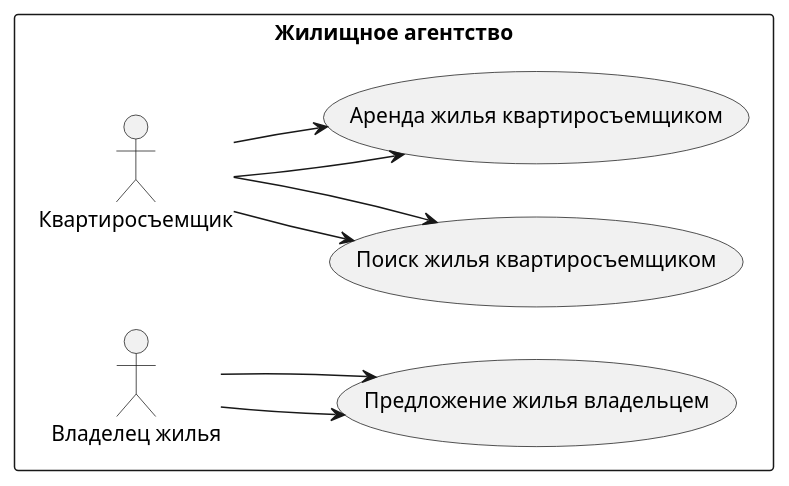
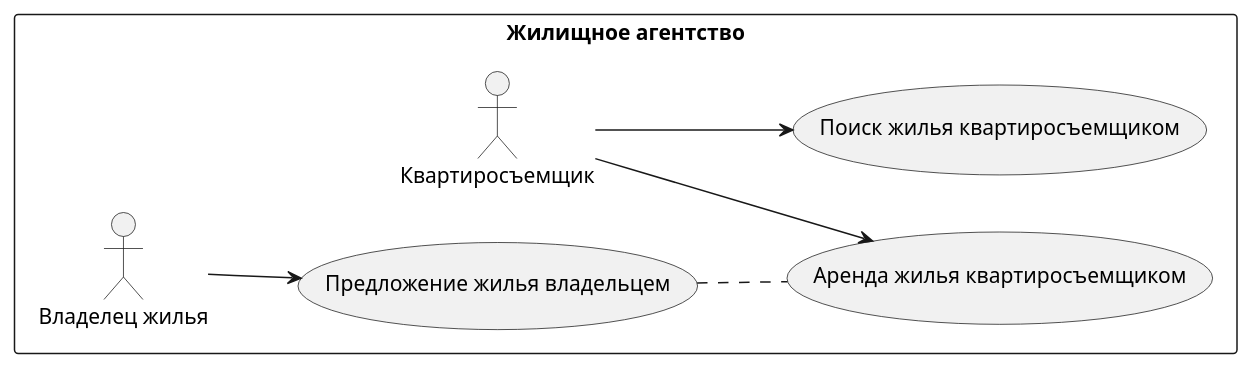
One commit to coolkrya/praktika_1 changed the diagram in diagramma.wsd. Above: the diagram before and after it, drawn with PlantUML.

```diff
--- a/diagramma.wsd
+++ b/diagramma.wsd
@@ -1,32 +1,22 @@
 @startuml Agency
 
 left to right direction
 skinparam packageStyle rectangle
 
 rectangle "Жилищное агентство" {
     usecase (Поиск жилья квартиросъемщиком) as search
     usecase (Аренда жилья квартиросъемщиком) as rent
     usecase (Предложение жилья владельцем) as offer
 
     actor Квартиросъемщик as tenant
     actor :Владелец жилья: as owner
 
     tenant --> search
     tenant --> rent
     owner --> offer
-}
 
-rectangle "Жилищное агентство" {
-    usecase (Поиск жилья квартиросъемщиком) as search
-    usecase (Аренда жилья квартиросъемщиком) as rent
-    usecase (Предложение жилья владельцем) as offer
+    offer .. rent
 
-    actor Квартиросъемщик as tenant
-    actor :Владелец жилья: as owner
-
-    tenant --> search
-    tenant --> rent
-    owner --> offer
 }
 
 @enduml
```
